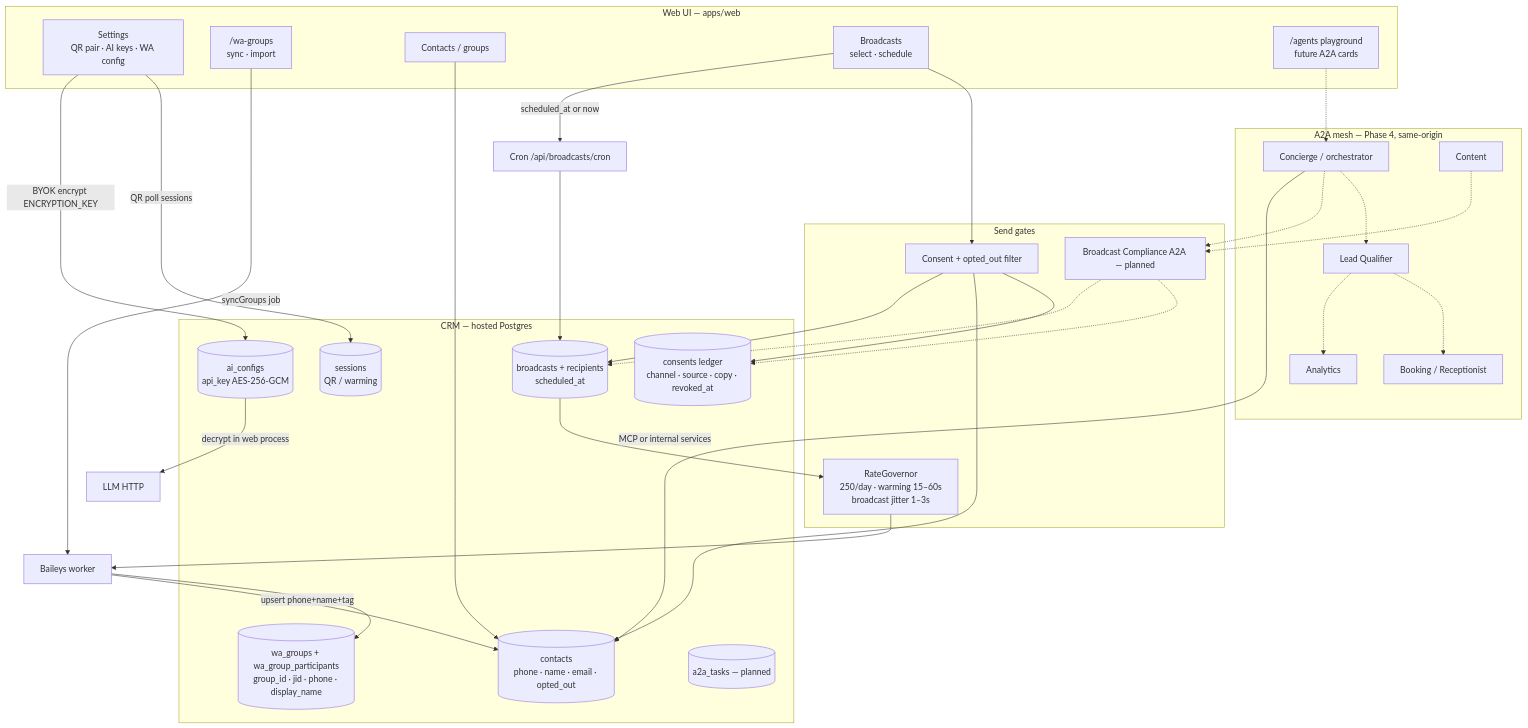
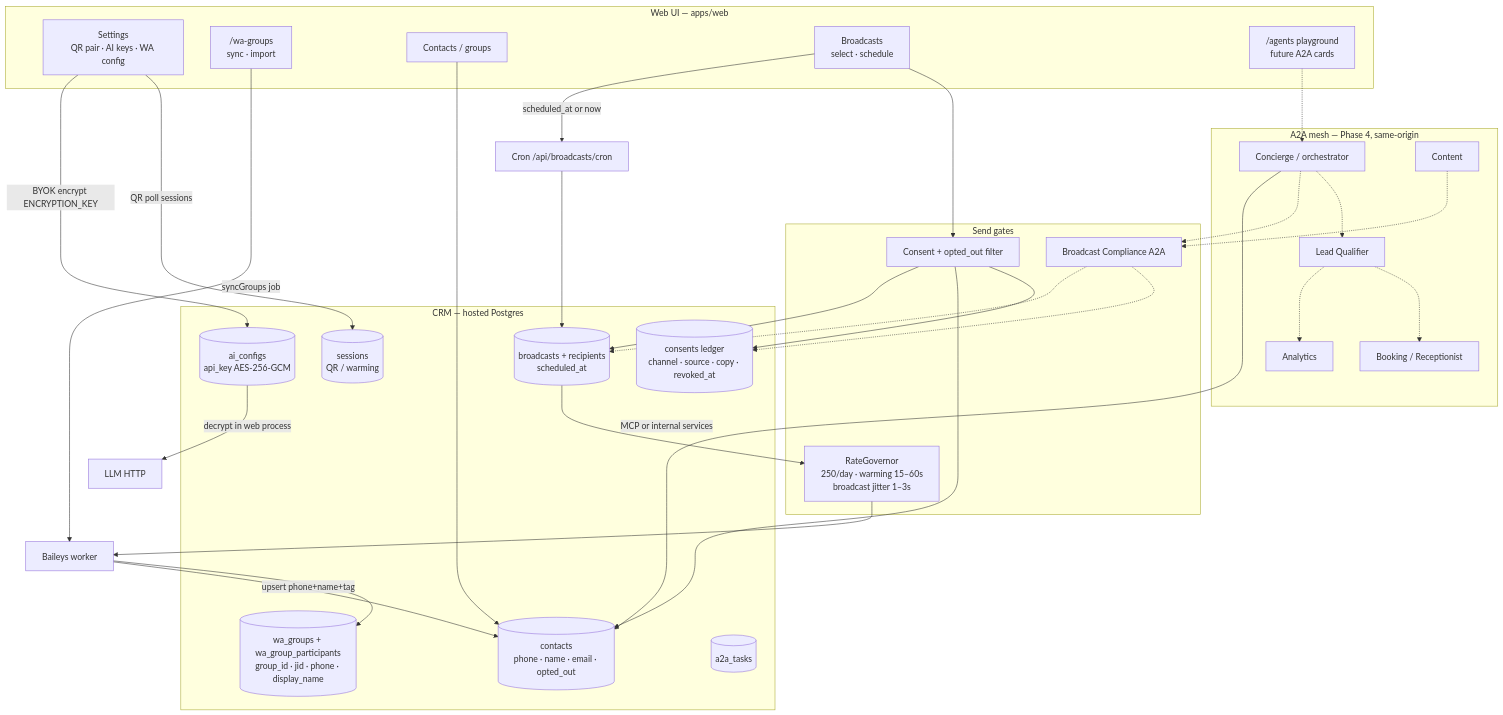
One commit to shaashish1/wacrm changed the second of 5 diagrams in wacrm/docs/ARCHITECTURE.md. Above: the diagram before and after it, drawn with Mermaid. The commit also changed other lines of this file and 52 other files, not shown here.

````diff
--- a/wacrm/docs/ARCHITECTURE.md
+++ b/wacrm/docs/ARCHITECTURE.md
@@ -66,59 +66,59 @@
 ```mermaid
 flowchart TB
   subgraph ui [Web UI — apps/web]
     Settings[Settings<br/>QR pair · AI keys · WA config]
     GroupsUI["/wa-groups<br/>sync · import"]
     ContactsUI[Contacts / groups]
     BroadcastUI[Broadcasts<br/>select · schedule]
     AgentsUI["/agents playground<br/>future A2A cards"]
   end
 
   subgraph crm [CRM — hosted Postgres]
     Contacts[(contacts<br/>phone · name · email · opted_out)]
     WaGroups[(wa_groups + wa_group_participants<br/>group_id · jid · phone · display_name)]
     Consents[(consents ledger<br/>channel · source · copy · revoked_at)]
     Broadcasts[(broadcasts + recipients<br/>scheduled_at)]
     AiConfigs[(ai_configs<br/>api_key AES-256-GCM)]
     Sessions[(sessions<br/>QR / warming)]
-    A2ATasks[("a2a_tasks — planned")]
+    A2ATasks[("a2a_tasks")]
   end
 
   subgraph gates [Send gates]
     ConsentGate[Consent + opted_out filter]
     RateGov[RateGovernor<br/>250/day · warming 15–60s<br/>broadcast jitter 1–3s]
-    Compliance["Broadcast Compliance A2A — planned"]
+    Compliance["Broadcast Compliance A2A"]
   end
 
   subgraph a2a [A2A mesh — Phase 4, same-origin]
     Concierge[Concierge / orchestrator]
     Qualifier[Lead Qualifier]
     Content[Content]
     Booking[Booking / Receptionist]
     Analytics[Analytics]
   end
 
   Settings -->|QR poll sessions| Sessions
   Settings -->|BYOK encrypt ENCRYPTION_KEY| AiConfigs
   GroupsUI -->|syncGroups job| WorkerProc[Baileys worker]
   WorkerProc --> WaGroups
   WorkerProc -->|upsert phone+name+tag| Contacts
   ContactsUI --> Contacts
   BroadcastUI --> ConsentGate
   ConsentGate --> Consents
   ConsentGate --> Contacts
   ConsentGate --> Broadcasts
   BroadcastUI -->|scheduled_at or now| CronHit[Cron /api/broadcasts/cron]
   CronHit --> Broadcasts
   Broadcasts --> RateGov
   RateGov --> WorkerProc
   AgentsUI -.-> Concierge
   Concierge -.-> Qualifier
   Concierge -.-> Compliance
   Content -.-> Compliance
   Qualifier -.-> Booking
   Qualifier -.-> Analytics
   Compliance -.-> Consents
   Compliance -.-> Broadcasts
   Concierge -->|MCP or internal services| Contacts
   AiConfigs -->|decrypt in web process| LLMCall[LLM HTTP]
 ```
````
